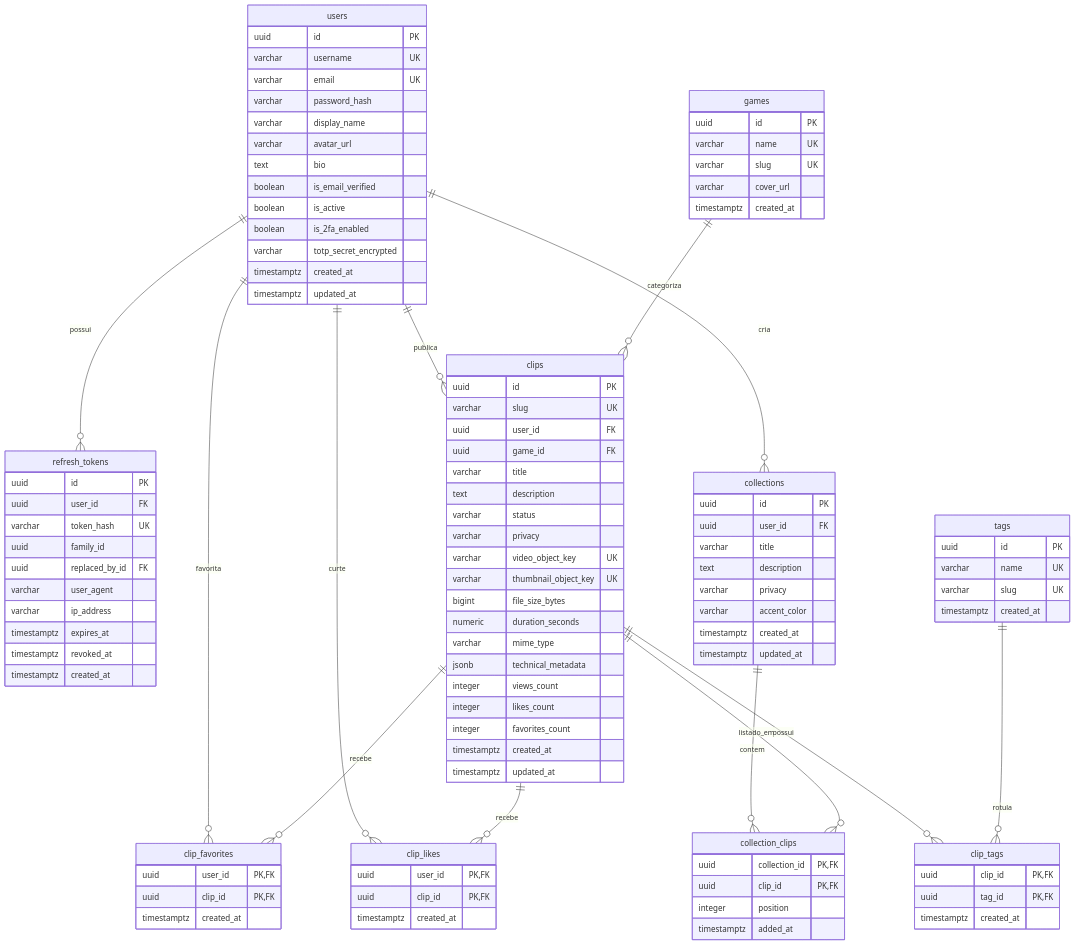
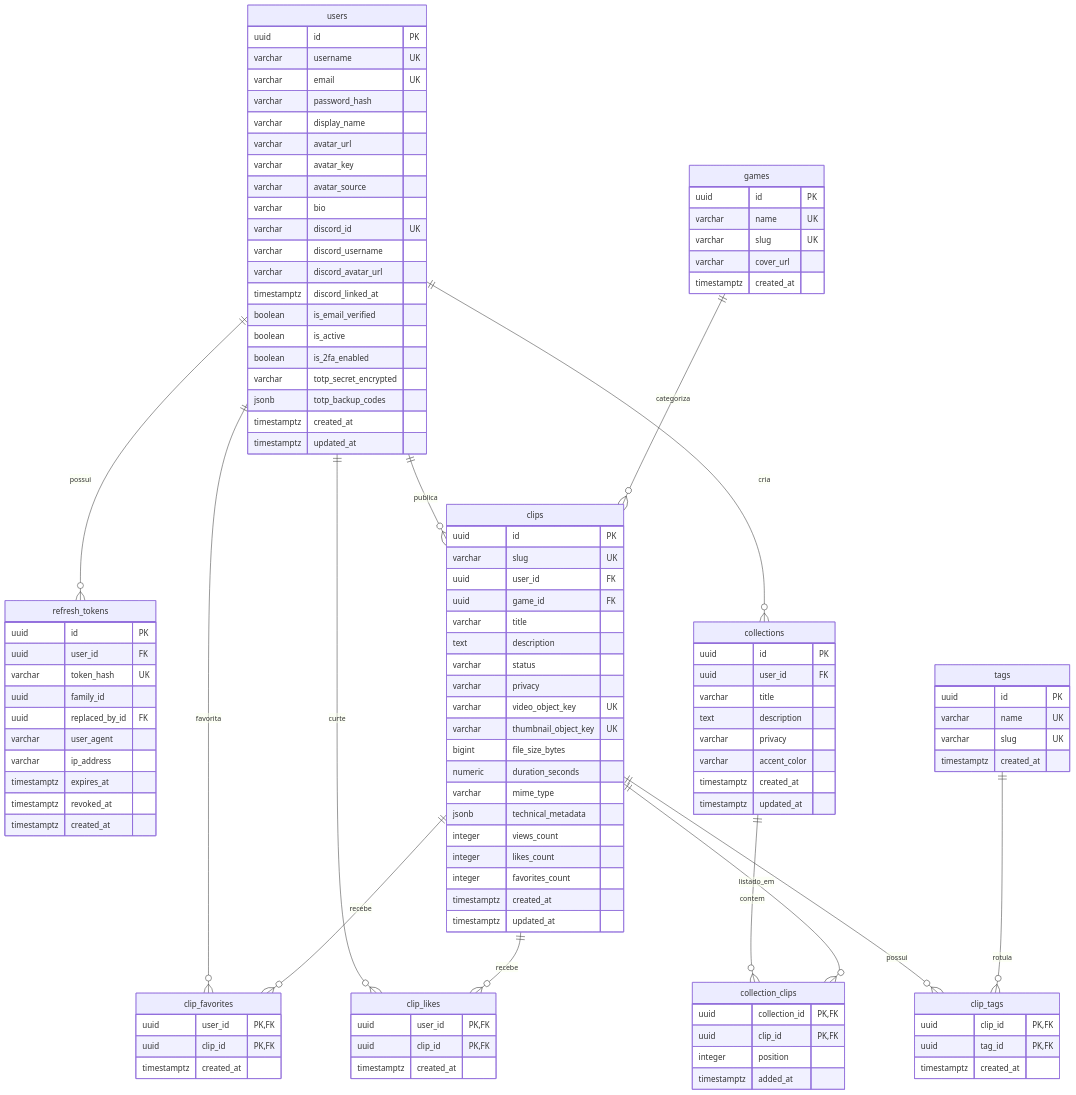
The diagram in docs/DATABASE.md (Davi-PF/clipai-api), drawn with Mermaid before and after one commit. The commit also changed other lines of this file and 2 other files, not shown here.

```diff
--- a/docs/DATABASE.md
+++ b/docs/DATABASE.md
@@ -40,11 +40,18 @@
         varchar password_hash
         varchar display_name
         varchar avatar_url
-        text bio
+        varchar avatar_key
+        varchar avatar_source
+        varchar bio
+        varchar discord_id UK
+        varchar discord_username
+        varchar discord_avatar_url
+        timestamptz discord_linked_at
         boolean is_email_verified
         boolean is_active
         boolean is_2fa_enabled
         varchar totp_secret_encrypted
+        jsonb totp_backup_codes
         timestamptz created_at
         timestamptz updated_at
     }
```
